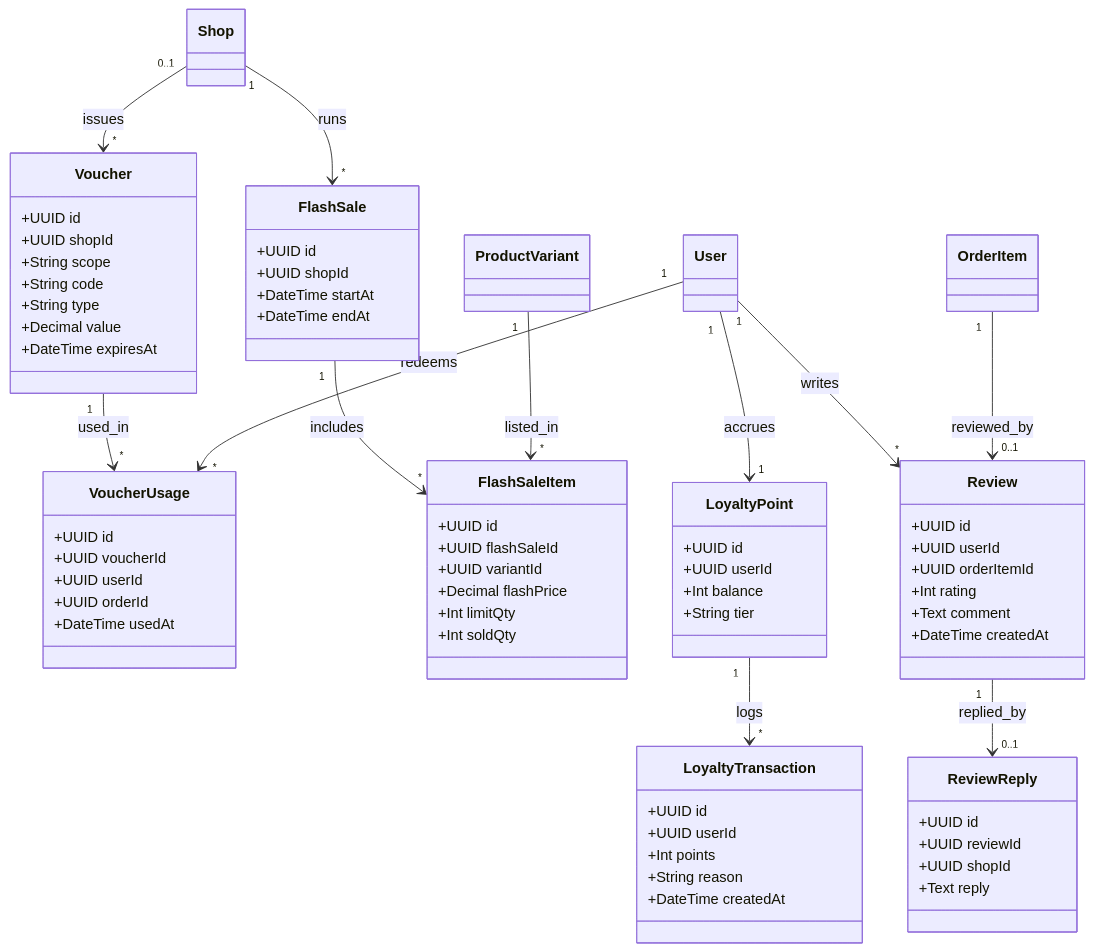
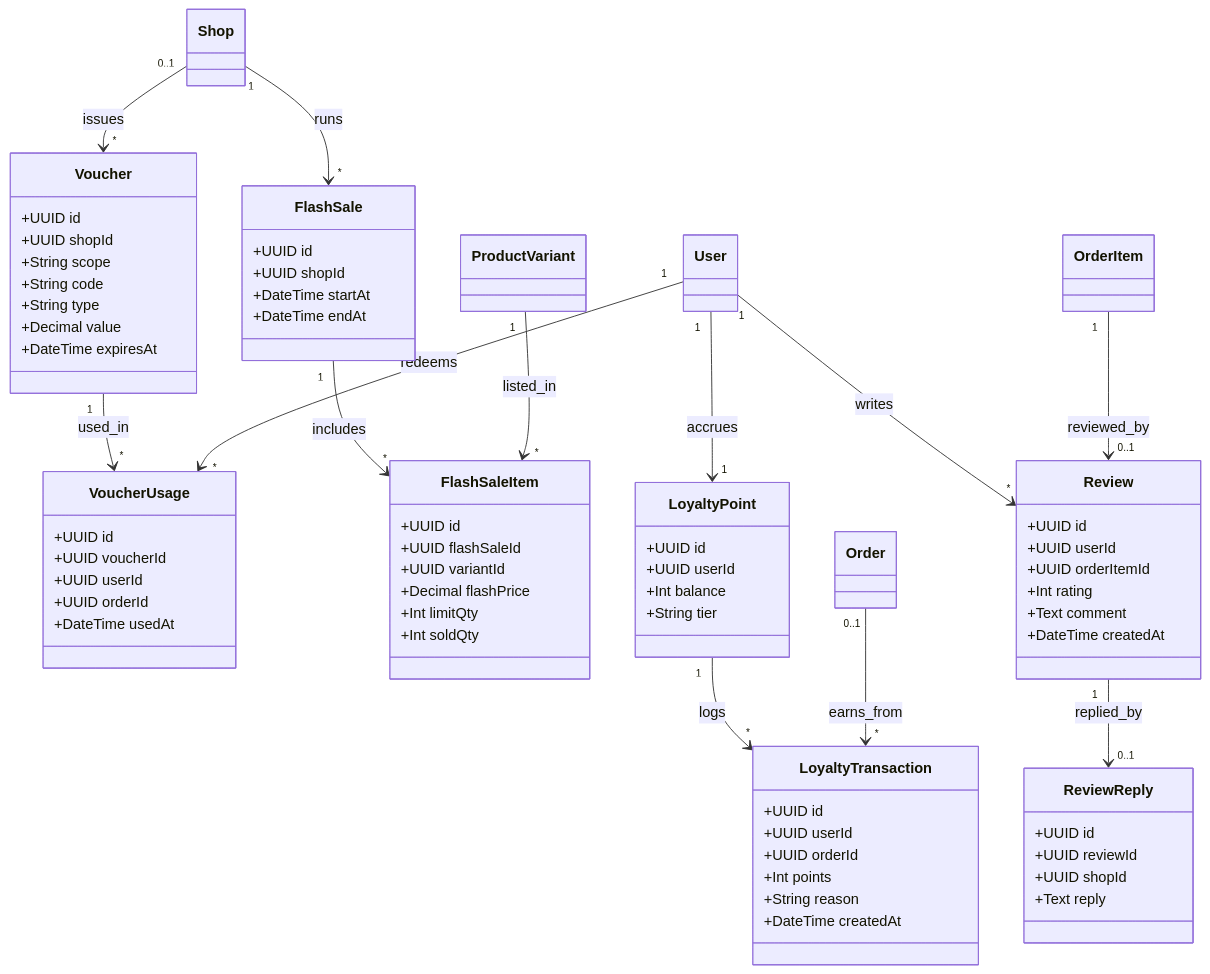
The fifth of 6 diagrams in crm-ecommerce-class-diagram.md (KhanhChung2k5/Shopee), drawn with Mermaid before and after one commit. The commit also changed other lines of this file, not shown here.

````diff
--- a/crm-ecommerce-class-diagram.md
+++ b/crm-ecommerce-class-diagram.md
@@ -507,79 +538,81 @@
 ```mermaid
 classDiagram
     class Voucher {
         +UUID id
         +UUID shopId
         +String scope
         +String code
         +String type
         +Decimal value
         +DateTime expiresAt
     }
 
     class VoucherUsage {
         +UUID id
         +UUID voucherId
         +UUID userId
         +UUID orderId
         +DateTime usedAt
     }
 
     class FlashSale {
         +UUID id
         +UUID shopId
         +DateTime startAt
         +DateTime endAt
     }
 
     class FlashSaleItem {
         +UUID id
         +UUID flashSaleId
         +UUID variantId
         +Decimal flashPrice
         +Int limitQty
         +Int soldQty
     }
 
     class LoyaltyPoint {
         +UUID id
         +UUID userId
         +Int balance
         +String tier
     }
 
     class LoyaltyTransaction {
         +UUID id
         +UUID userId
+        +UUID orderId
         +Int points
         +String reason
         +DateTime createdAt
     }
 
     class Review {
         +UUID id
         +UUID userId
         +UUID orderItemId
         +Int rating
         +Text comment
         +DateTime createdAt
     }
 
     class ReviewReply {
         +UUID id
         +UUID reviewId
         +UUID shopId
         +Text reply
     }
 
     Shop "0..1" --> "*" Voucher : issues
     Voucher "1" --> "*" VoucherUsage : used_in
     User "1" --> "*" VoucherUsage : redeems
     Shop "1" --> "*" FlashSale : runs
     FlashSale "1" --> "*" FlashSaleItem : includes
     ProductVariant "1" --> "*" FlashSaleItem : listed_in
     User "1" --> "1" LoyaltyPoint : accrues
     LoyaltyPoint "1" --> "*" LoyaltyTransaction : logs
+    Order "0..1" --> "*" LoyaltyTransaction : earns_from
     User "1" --> "*" Review : writes
     OrderItem "1" --> "0..1" Review : reviewed_by
     Review "1" --> "0..1" ReviewReply : replied_by
 ```
````
